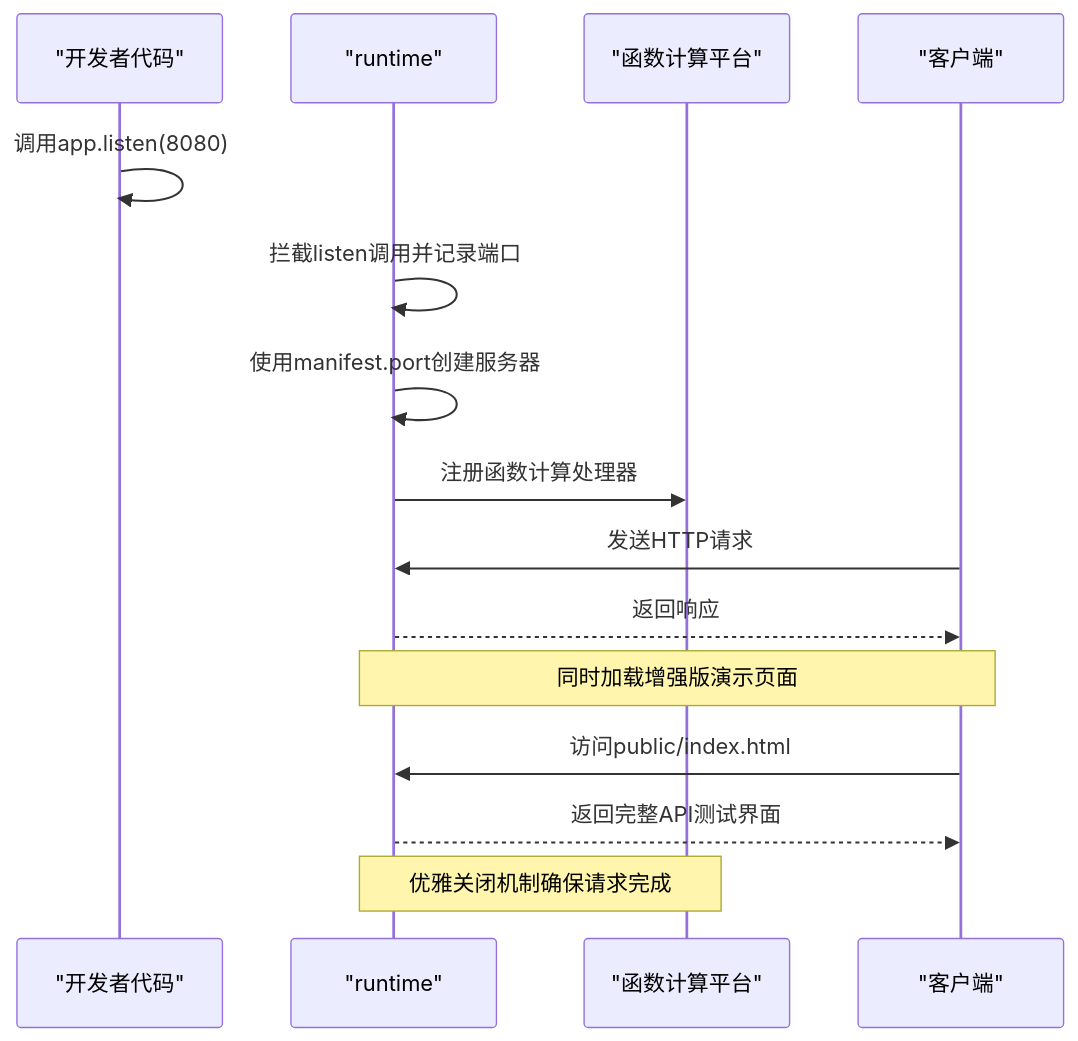
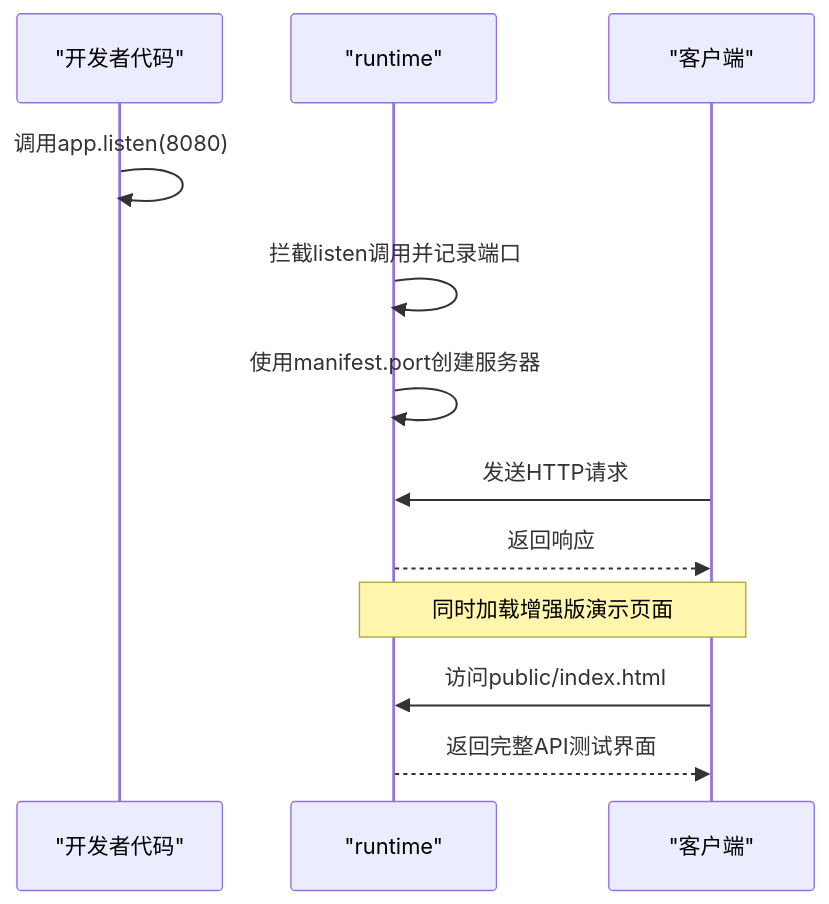
Before and after one commit to esa-sp/test-for-aone-ci: the fifth of 12 diagrams in .qoder/repowiki/zh/content/后端框架测试/Express框架测试.md, drawn with Mermaid. The commit also changed other lines of this file and 7 other files, not shown here.

````diff
--- a/.qoder/repowiki/zh/content/后端框架测试/Express框架测试.md
+++ b/.qoder/repowiki/zh/content/后端框架测试/Express框架测试.md
@@ -377,17 +339,14 @@
 ```mermaid
 sequenceDiagram
 participant Dev as "开发者代码"
 participant RT as "runtime"
-participant FC as "函数计算平台"
 participant Client as "客户端"
 Dev->>Dev : 调用app.listen(8080)
 RT->>RT : 拦截listen调用并记录端口
 RT->>RT : 使用manifest.port创建服务器
-RT->>FC : 注册函数计算处理器
 Client->>RT : 发送HTTP请求
 RT-->>Client : 返回响应
 Note over Client,RT : 同时加载增强版演示页面
 Client->>RT : 访问public/index.html
 RT-->>Client : 返回完整API测试界面
-Note over RT,FC : 优雅关闭机制确保请求完成
 ```
````
